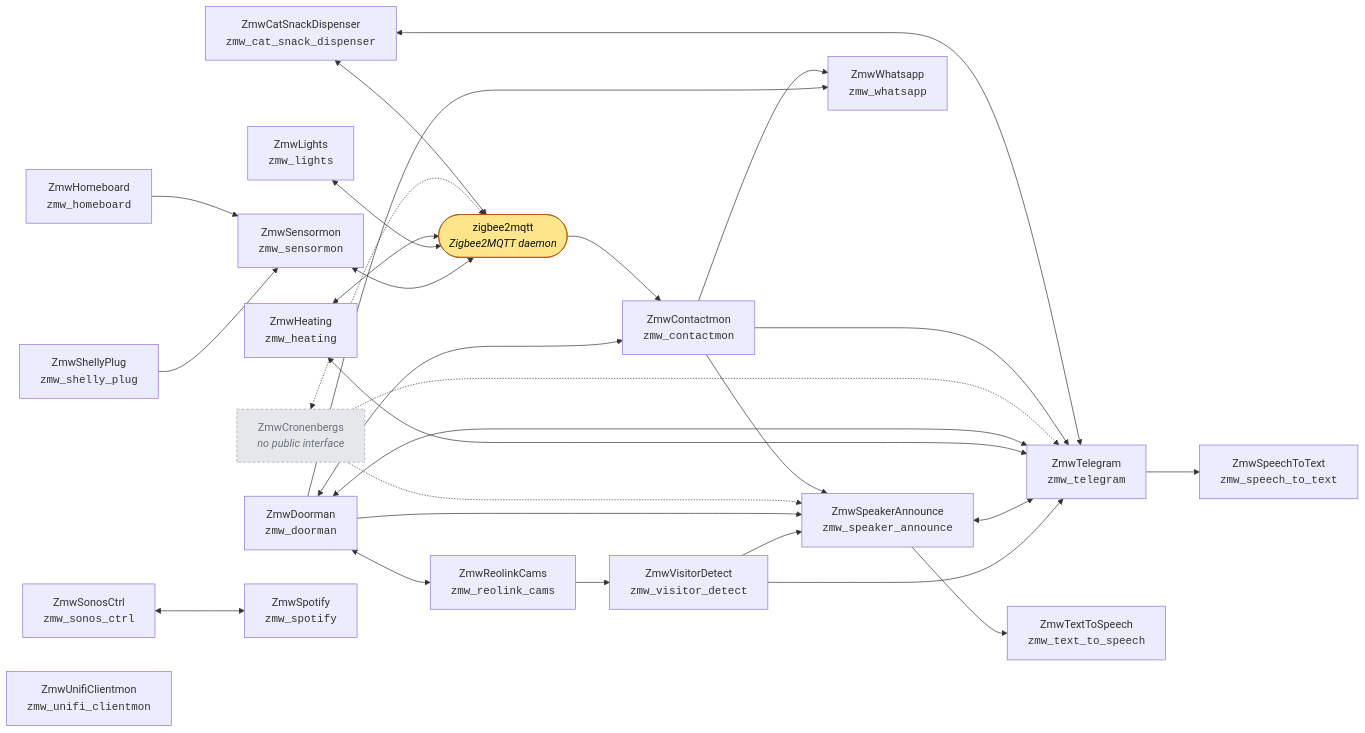
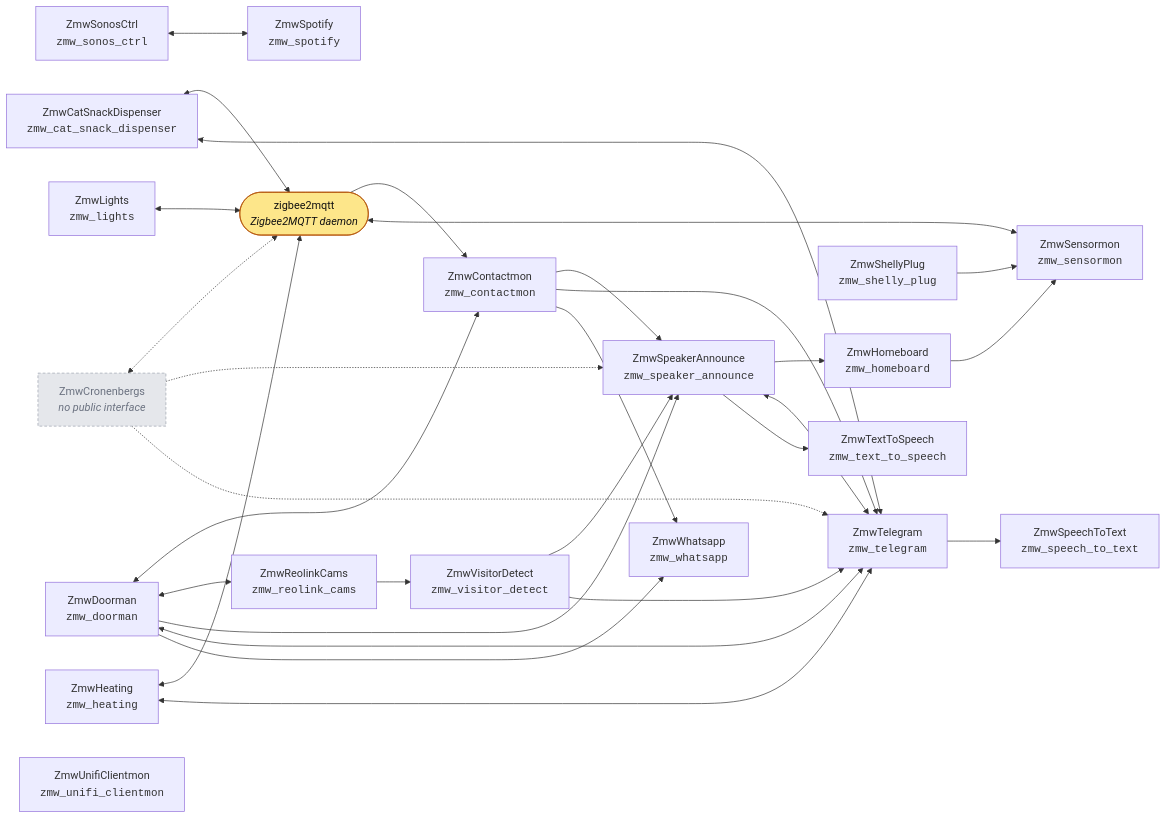
The diagram in README.md (nicolasbrailo/zmw), drawn with Mermaid before and after one commit. The commit also changed other lines of this file and 4 other files, not shown here.

````diff
--- a/README.md
+++ b/README.md
@@ -88,56 +88,57 @@
 ```mermaid
 flowchart LR
     zmw_cat_snack_dispenser["ZmwCatSnackDispenser<br/><code>zmw_cat_snack_dispenser</code>"]
     zmw_contactmon["ZmwContactmon<br/><code>zmw_contactmon</code>"]
     zmw_cronenbergs["ZmwCronenbergs<br/><i>no public interface</i>"]
     zmw_doorman["ZmwDoorman<br/><code>zmw_doorman</code>"]
     zmw_heating["ZmwHeating<br/><code>zmw_heating</code>"]
     zmw_homeboard["ZmwHomeboard<br/><code>zmw_homeboard</code>"]
     zmw_lights["ZmwLights<br/><code>zmw_lights</code>"]
     zmw_reolink_cams["ZmwReolinkCams<br/><code>zmw_reolink_cams</code>"]
     zmw_sensormon["ZmwSensormon<br/><code>zmw_sensormon</code>"]
     zmw_shelly_plug["ZmwShellyPlug<br/><code>zmw_shelly_plug</code>"]
     zmw_sonos_ctrl["ZmwSonosCtrl<br/><code>zmw_sonos_ctrl</code>"]
     zmw_speaker_announce["ZmwSpeakerAnnounce<br/><code>zmw_speaker_announce</code>"]
     zmw_speech_to_text["ZmwSpeechToText<br/><code>zmw_speech_to_text</code>"]
     zmw_spotify["ZmwSpotify<br/><code>zmw_spotify</code>"]
     zmw_telegram["ZmwTelegram<br/><code>zmw_telegram</code>"]
     zmw_text_to_speech["ZmwTextToSpeech<br/><code>zmw_text_to_speech</code>"]
     zmw_unifi_clientmon["ZmwUnifiClientmon<br/><code>zmw_unifi_clientmon</code>"]
     zmw_visitor_detect["ZmwVisitorDetect<br/><code>zmw_visitor_detect</code>"]
     zmw_whatsapp["ZmwWhatsapp<br/><code>zmw_whatsapp</code>"]
     zigbee2mqtt(["zigbee2mqtt<br/><i>Zigbee2MQTT daemon</i>"])
 
     zmw_cat_snack_dispenser <--> zigbee2mqtt
     zmw_cat_snack_dispenser <--> zmw_telegram
     zigbee2mqtt --> zmw_contactmon
     zmw_contactmon --> zmw_speaker_announce
     zmw_contactmon --> zmw_telegram
     zmw_contactmon --> zmw_whatsapp
     zmw_cronenbergs <-.-> zigbee2mqtt
     zmw_cronenbergs -.-> zmw_speaker_announce
     zmw_cronenbergs -.-> zmw_telegram
     zmw_doorman <--> zmw_contactmon
     zmw_doorman <--> zmw_reolink_cams
     zmw_doorman --> zmw_speaker_announce
     zmw_doorman <--> zmw_telegram
     zmw_doorman --> zmw_whatsapp
     zmw_heating <--> zigbee2mqtt
     zmw_heating <--> zmw_telegram
+    zmw_speaker_announce --> zmw_homeboard
     zmw_lights <--> zigbee2mqtt
     zmw_sensormon <--> zigbee2mqtt
     zmw_homeboard --> zmw_sensormon
     zmw_shelly_plug --> zmw_sensormon
     zmw_sonos_ctrl <--> zmw_spotify
     zmw_speaker_announce <--> zmw_telegram
     zmw_speaker_announce --> zmw_text_to_speech
     zmw_telegram --> zmw_speech_to_text
     zmw_reolink_cams --> zmw_visitor_detect
     zmw_visitor_detect --> zmw_speaker_announce
     zmw_visitor_detect --> zmw_telegram
 
     class zigbee2mqtt external;
     class zmw_cronenbergs passive;
     classDef external fill:#fde68a,stroke:#b45309,color:#111;
     classDef passive fill:#e5e7eb,stroke:#9ca3af,color:#6b7280,stroke-dasharray:4 3;
 ```
````
